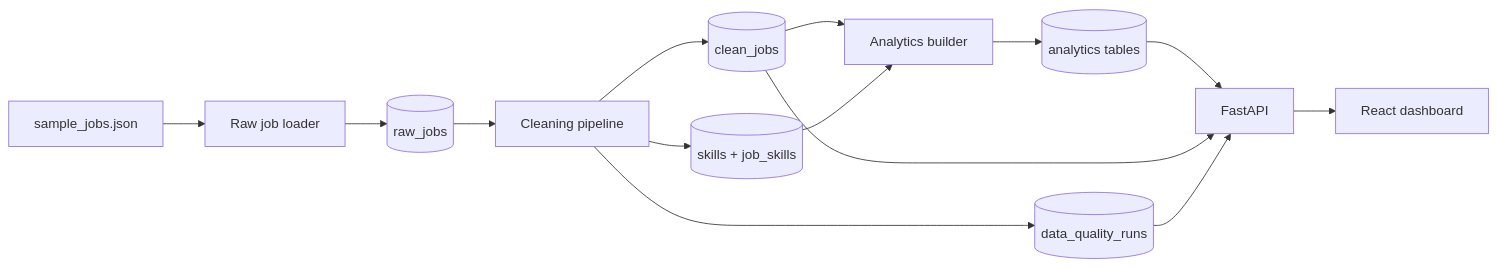
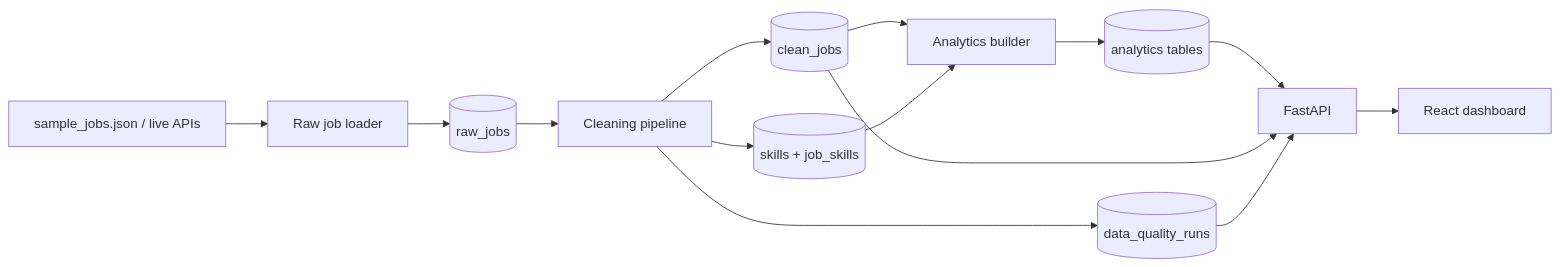
Before and after one commit to muneeb-anjum0/StackRadar: the diagram in README.md, drawn with Mermaid. The commit also changed other lines of this file and 28 other files, not shown here.

Commit message:
Add live job API ingestion

````diff
--- a/README.md
+++ b/README.md
@@ -25,16 +26,16 @@
 ```mermaid
 flowchart LR
-  A["sample_jobs.json"] --> B["Raw job loader"]
+  A["sample_jobs.json / live APIs"] --> B["Raw job loader"]
   B --> C[("raw_jobs")]
   C --> D["Cleaning pipeline"]
   D --> E[("clean_jobs")]
   D --> F[("skills + job_skills")]
   E --> G["Analytics builder"]
   F --> G
   G --> H[("analytics tables")]
   D --> I[("data_quality_runs")]
   H --> J["FastAPI"]
   E --> J
   I --> J
   J --> K["React dashboard"]
 ```
````
